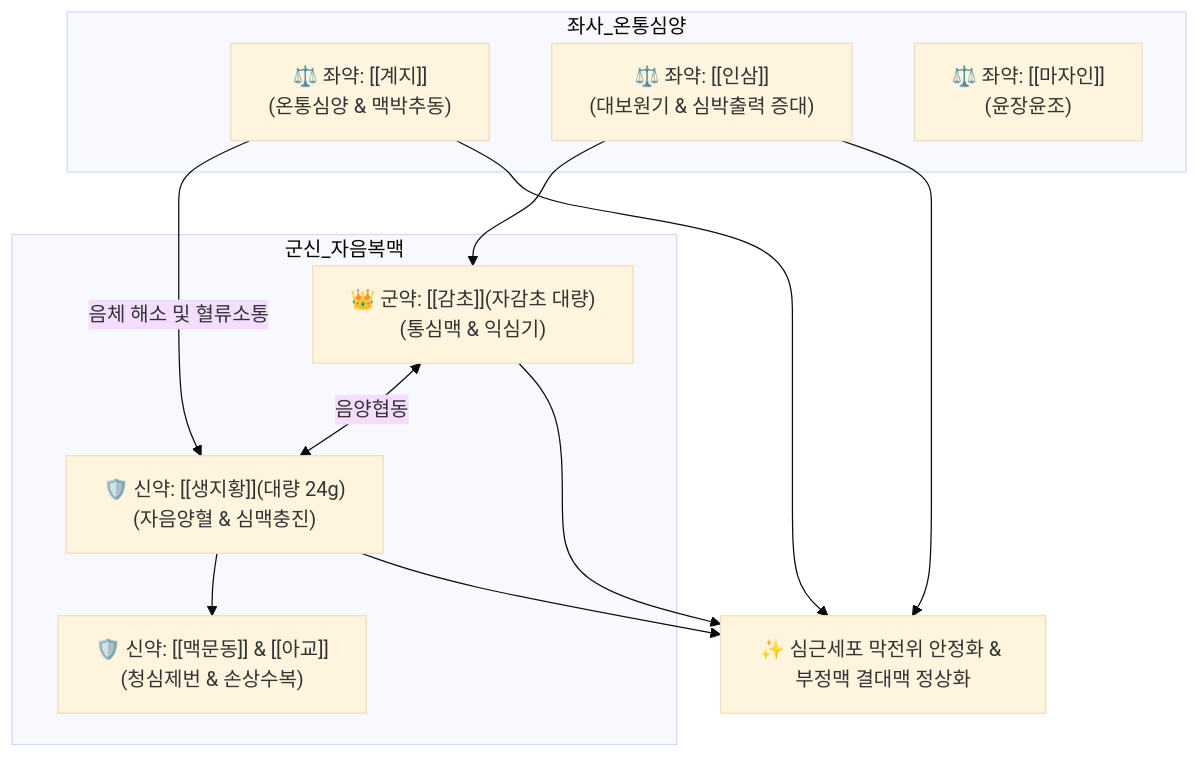
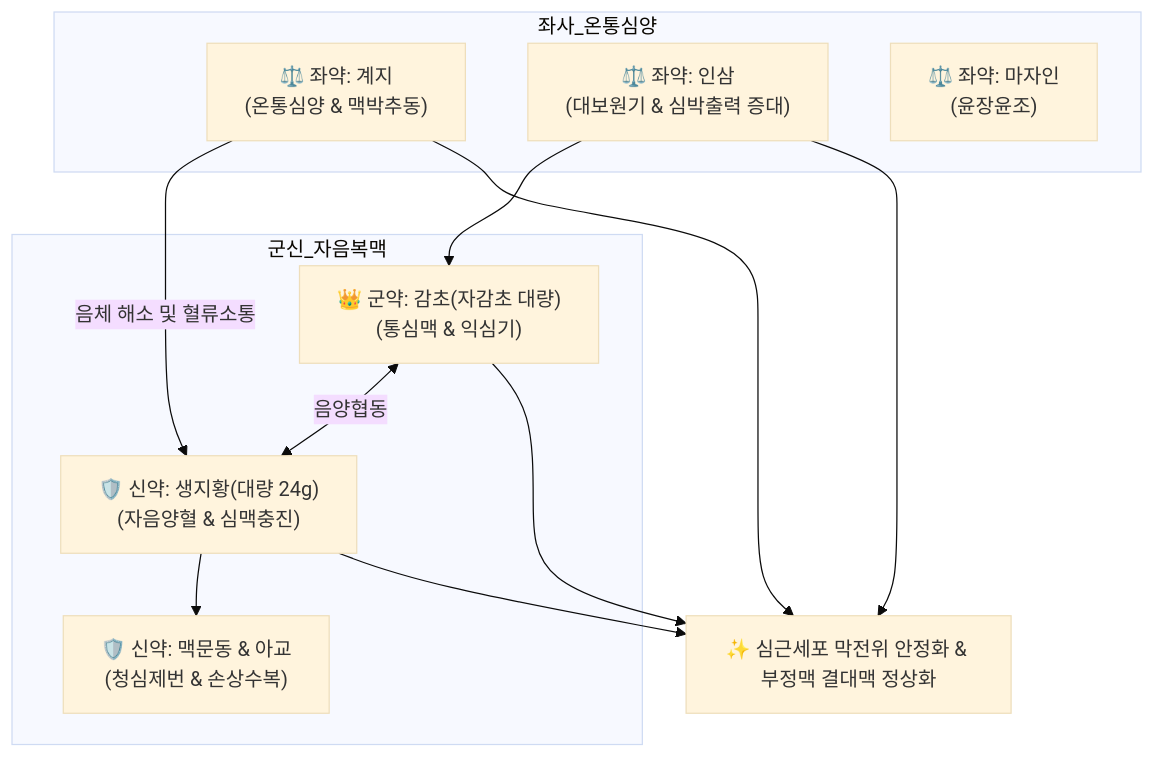
Before and after one commit to simbio11/simbio-digital-garden2: the diagram in content/2. 약리 공부/처방/02_보익제/자감초탕.md, drawn with Mermaid (base theme). The commit also changed other lines of this file and 323 other files, not shown here.

````diff
--- a/content/2. 약리 공부/처방/02_보익제/자감초탕.md
+++ b/content/2. 약리 공부/처방/02_보익제/자감초탕.md
@@ -49,18 +51,18 @@
 ```mermaid
 graph TD
     subgraph 군신_자음복맥
-        GC["👑 군약: [[감초]](자감초 대량)<br>(통심맥 & 익심기)"]
-        SJH["🛡️ 신약: [[생지황]](대량 24g)<br>(자음양혈 & 심맥충진)"]
-        MMD["🛡️ 신약: [[맥문동]] & [[아교]]<br>(청심제번 & 손상수복)"]
+        GC["👑 군약: 감초(자감초 대량)<br>(통심맥 & 익심기)"]
+        SJH["🛡️ 신약: 생지황(대량 24g)<br>(자음양혈 & 심맥충진)"]
+        MMD["🛡️ 신약: 맥문동 & 아교<br>(청심제번 & 손상수복)"]
     end
     subgraph 좌사_온통심양
-        GZ["⚖️ 좌약: [[계지]]<br>(온통심양 & 맥박추동)"]
-        IS["⚖️ 좌약: [[인삼]]<br>(대보원기 & 심박출력 증대)"]
-        MJ["⚖️ 좌약: [[마자인]]<br>(윤장윤조)"]
+        GZ["⚖️ 좌약: 계지<br>(온통심양 & 맥박추동)"]
+        IS["⚖️ 좌약: 인삼<br>(대보원기 & 심박출력 증대)"]
+        MJ["⚖️ 좌약: 마자인<br>(윤장윤조)"]
     end
     GC <-->|음양협동| SJH
     SJH --> MMD
     GZ -->|음체 해소 및 혈류소통| SJH
     IS --> GC
     GC & SJH & GZ & IS --> Target["✨ 심근세포 막전위 안정화 & 부정맥 결대맥 정상화"]
 ```
````
